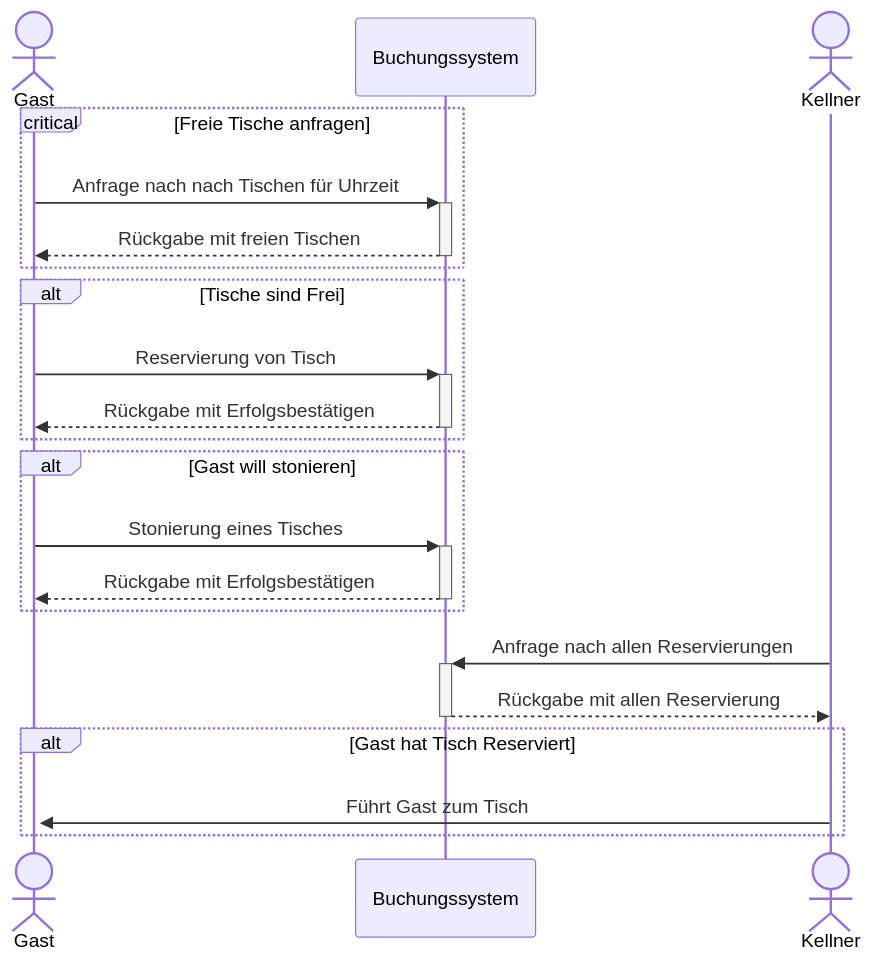
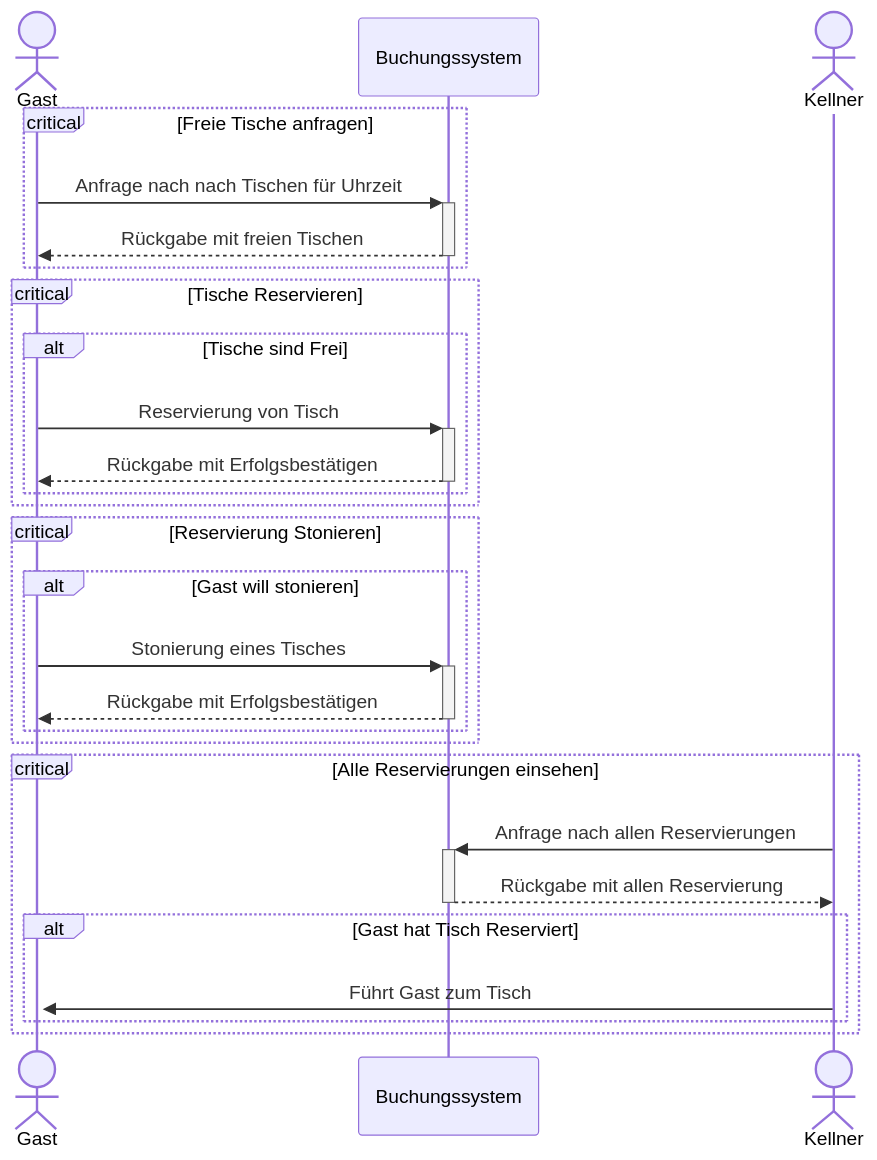
One commit to FIA-GSO/tischreservierung-die-verkurzer-0 changed the diagram in README.md. Above: the diagram before and after it, drawn with Mermaid.

Commit message:
add criticals to sequenzdiagram

````diff
--- a/README.md
+++ b/README.md
@@ -40,26 +40,32 @@
 ```mermaid
 sequenceDiagram
     actor Gast
     participant Buch as Buchungssystem 
     actor Kellner
     
     critical Freie Tische anfragen
         Gast->>+Buch: Anfrage nach nach Tischen für Uhrzeit
         Buch-->>-Gast: Rückgabe mit freien Tischen
     end
-        
+    critical Tische Reservieren
         alt Tische sind Frei
         Gast->>+Buch: Reservierung von Tisch
         Buch-->>-Gast: Rückgabe mit Erfolgsbestätigen
         end
+    end
+    
+    critical Reservierung Stonieren
         alt Gast will stonieren
         Gast->>+Buch: Stonierung eines Tisches
         Buch-->>-Gast: Rückgabe mit Erfolgsbestätigen
         end
+    end
+    critical Alle Reservierungen einsehen
         Kellner->>+Buch: Anfrage nach allen Reservierungen
         Buch-->>-Kellner: Rückgabe mit allen Reservierung
         
         alt Gast hat Tisch Reserviert
         Kellner->>+Gast: Führt Gast zum Tisch
         end
+    end
 ```
````
